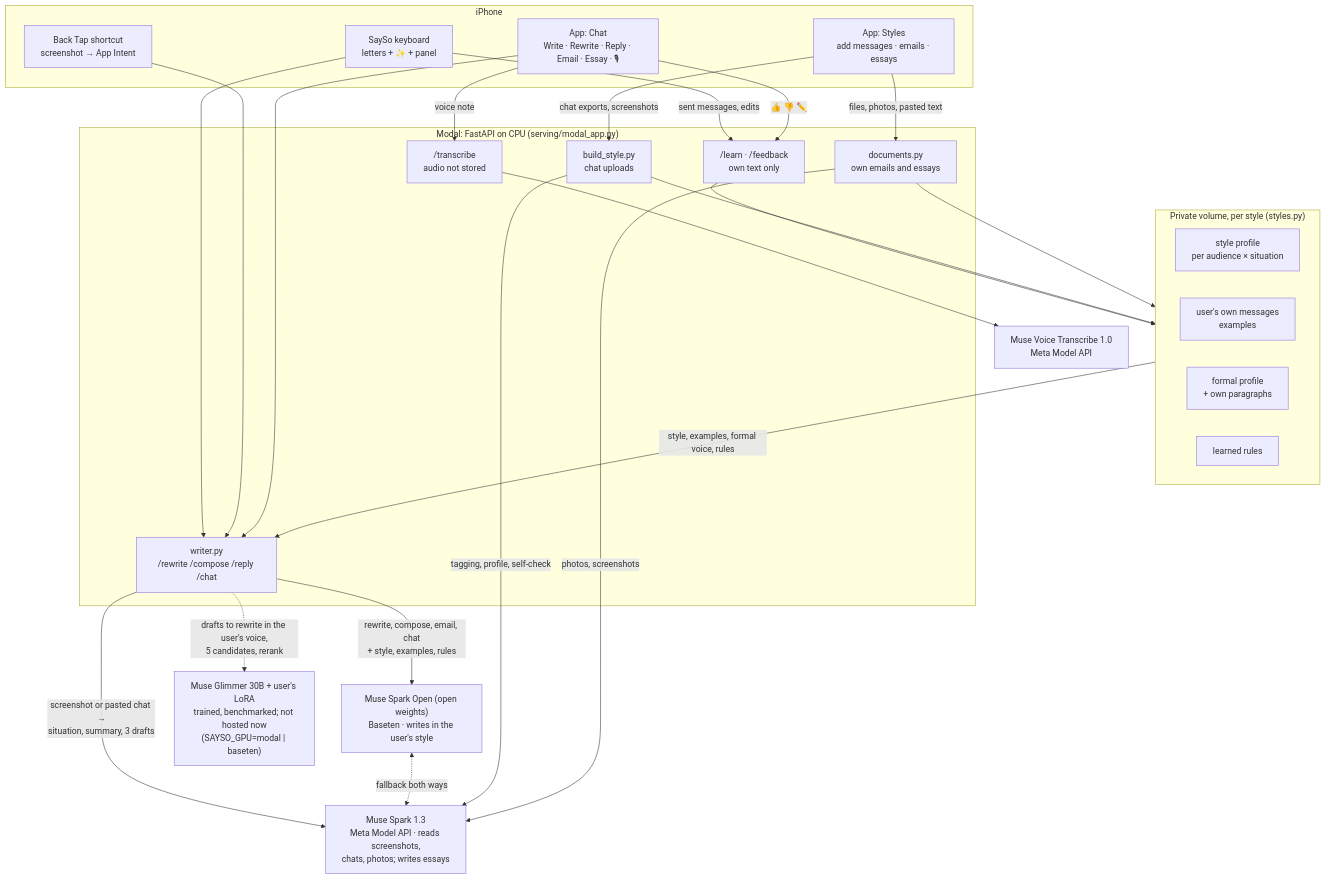
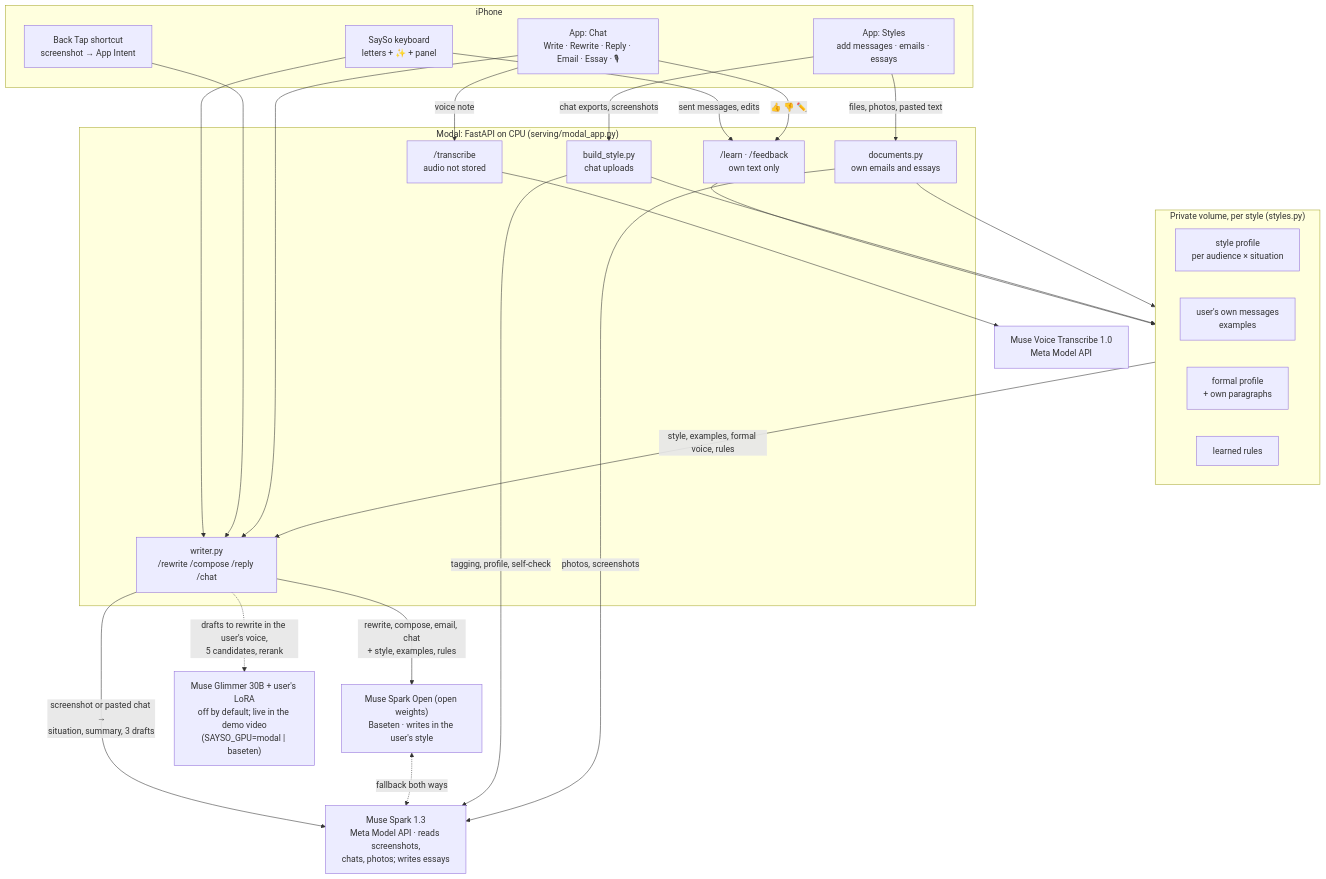
One commit to imogikk7/sayso changed the diagram in README.md. Above: the diagram before and after it, drawn with Mermaid. The commit also changed other lines of this file and 8 other files, not shown here.

First line of the commit message:
Docs match the code: LoRA vs Spark Open result, GPU on for the demo video, SAYSO_CLEAN, Action Button

````diff
--- a/README.md
+++ b/README.md
@@ -52,51 +57,51 @@
 ```mermaid
 flowchart TD
     subgraph phone["iPhone"]
         KB["SaySo keyboard<br/>letters + ✨ + panel"]
         BT["Back Tap shortcut<br/>screenshot → App Intent"]
         CH["App: Chat<br/>Write · Rewrite · Reply · Email · Essay · 🎙"]
         ST["App: Styles<br/>add messages · emails · essays"]
     end
 
     subgraph api["Modal: FastAPI on CPU (serving/modal_app.py)"]
         W["writer.py<br/>/rewrite /compose /reply /chat"]
         T["/transcribe<br/>audio not stored"]
         L["/learn · /feedback<br/>own text only"]
         B["build_style.py<br/>chat uploads"]
         D["documents.py<br/>own emails and essays"]
     end
 
     subgraph store["Private volume, per style (styles.py)"]
         P["style profile<br/>per audience × situation"]
         E["user's own messages<br/>examples"]
         F["formal profile<br/>+ own paragraphs"]
         R["learned rules"]
     end
 
     OPEN["Muse Spark Open (open weights)<br/>Baseten · writes in the user's style"]
     SPARK["Muse Spark 1.3<br/>Meta Model API · reads screenshots,<br/>chats, photos; writes essays"]
     VOICE["Muse Voice Transcribe 1.0<br/>Meta Model API"]
-    GLM["Muse Glimmer 30B + user's LoRA<br/>trained, benchmarked; not hosted now<br/>(SAYSO_GPU=modal | baseten)"]
+    GLM["Muse Glimmer 30B + user's LoRA<br/>off by default; live in the demo video<br/>(SAYSO_GPU=modal | baseten)"]
 
     KB --> W
     BT --> W
     CH --> W
     CH -- "voice note" --> T
     T --> VOICE
     KB -- "sent messages, edits" --> L
     CH -- "👍 👎 ✏️" --> L
     ST -- "chat exports, screenshots" --> B
     ST -- "files, photos, pasted text" --> D
 
     W -- "rewrite, compose, email, chat<br/>+ style, examples, rules" --> OPEN
     W -- "screenshot or pasted chat →<br/>situation, summary, 3 drafts" --> SPARK
     OPEN <-. "fallback both ways" .-> SPARK
     W -. "drafts to rewrite in the user's voice,<br/>5 candidates, rerank" .-> GLM
 
     store -- "style, examples, formal voice, rules" --> W
     L --> store
     B -- "tagging, profile, self-check" --> SPARK
     B --> store
     D -- "photos, screenshots" --> SPARK
     D --> store
 ```
````
